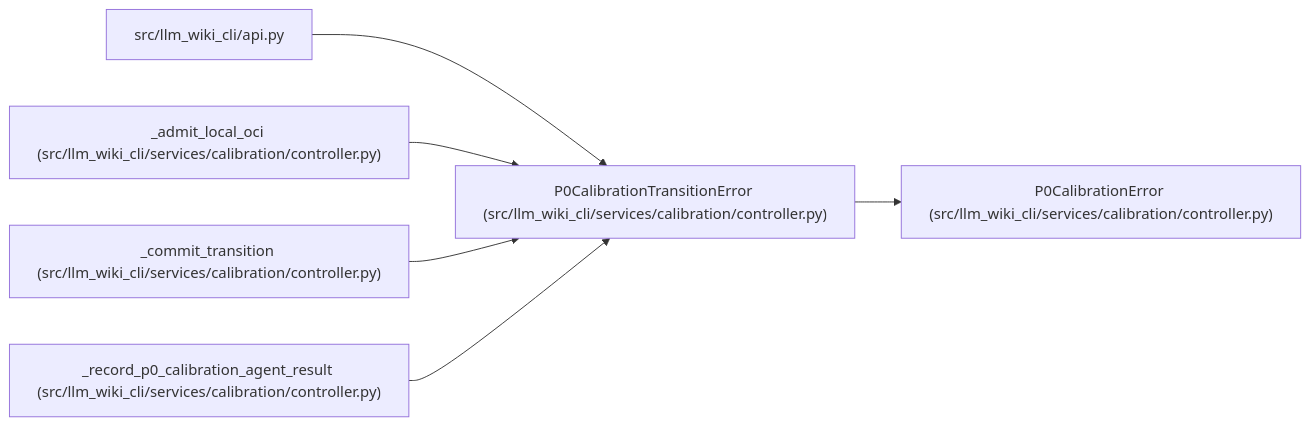
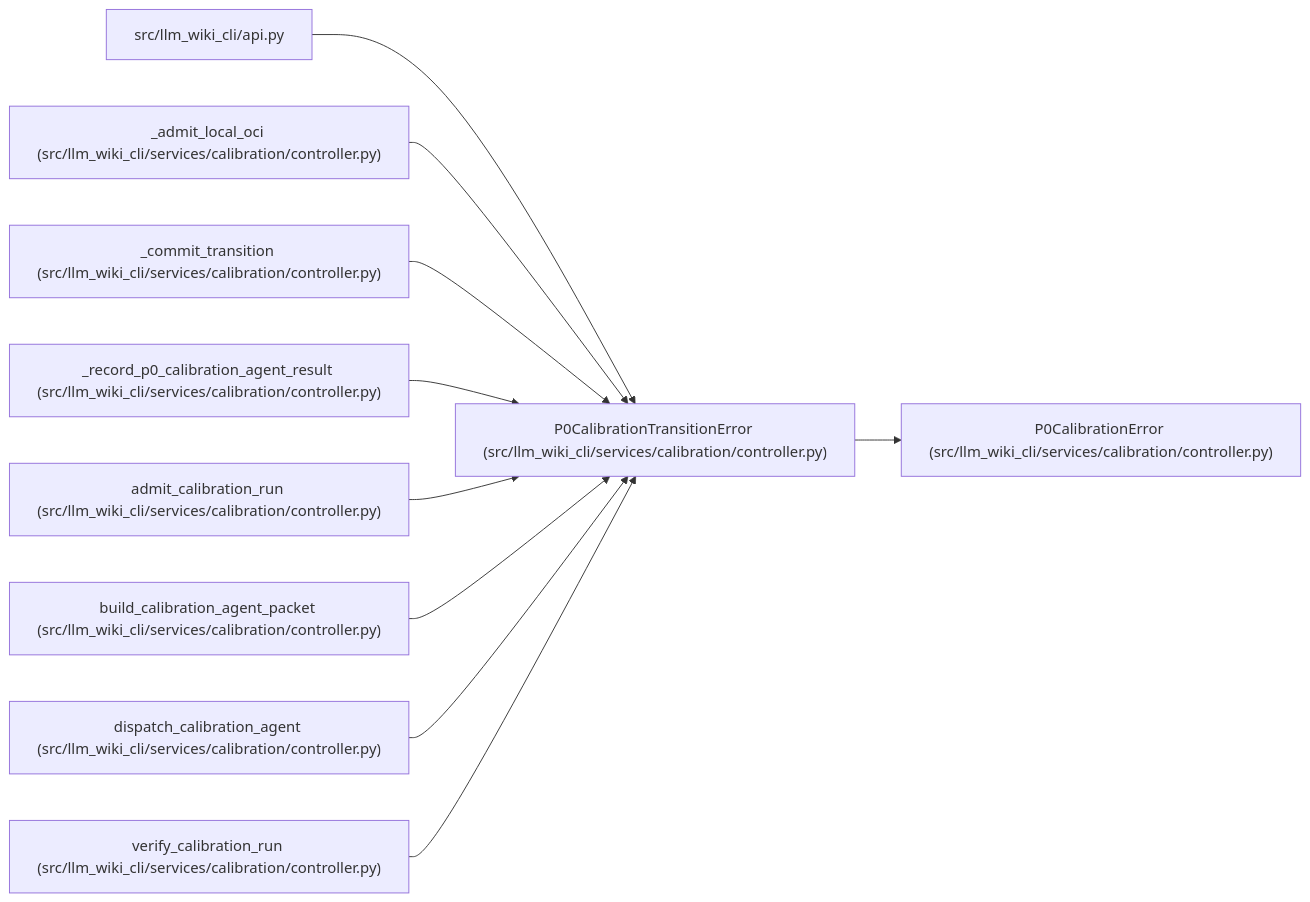
The diagram in docs/llm_wiki/entities/P0CalibrationTransitionError.md (Denissvgn/python-wiki-llm), drawn with Mermaid before and after one commit. The commit also changed other lines of this file and 493 other files, not shown here.

````diff
--- a/docs/llm_wiki/entities/P0CalibrationTransitionError.md
+++ b/docs/llm_wiki/entities/P0CalibrationTransitionError.md
@@ -23,20 +23,32 @@
 ```mermaid
 flowchart LR
     n0["P0CalibrationTransitionError (src/llm_wiki_cli/services/calibration/controller.py)"]
     n1["P0CalibrationError (src/llm_wiki_cli/services/calibration/controller.py)"]
     n2["src/llm_wiki_cli/api.py"]
     n3["_admit_local_oci (src/llm_wiki_cli/services/calibration/controller.py)"]
     n4["_commit_transition (src/llm_wiki_cli/services/calibration/controller.py)"]
     n5["_record_p0_calibration_agent_result (src/llm_wiki_cli/services/calibration/controller.py)"]
+    n6["admit_calibration_run (src/llm_wiki_cli/services/calibration/controller.py)"]
+    n7["build_calibration_agent_packet (src/llm_wiki_cli/services/calibration/controller.py)"]
+    n8["dispatch_calibration_agent (src/llm_wiki_cli/services/calibration/controller.py)"]
+    n9["verify_calibration_run (src/llm_wiki_cli/services/calibration/controller.py)"]
     n0 --> n1
     n2 --> n0
     n3 --> n0
     n4 --> n0
     n5 --> n0
+    n6 --> n0
+    n7 --> n0
+    n8 --> n0
+    n9 --> n0
     click n0 "../modules/controller.md"
     click n1 "../modules/controller.md"
     click n2 "../modules/api.md"
     click n3 "../modules/controller.md"
     click n4 "../modules/controller.md"
     click n5 "../modules/controller.md"
+    click n6 "../modules/controller.md"
+    click n7 "../modules/controller.md"
+    click n8 "../modules/controller.md"
+    click n9 "../modules/controller.md"
 ```
````
